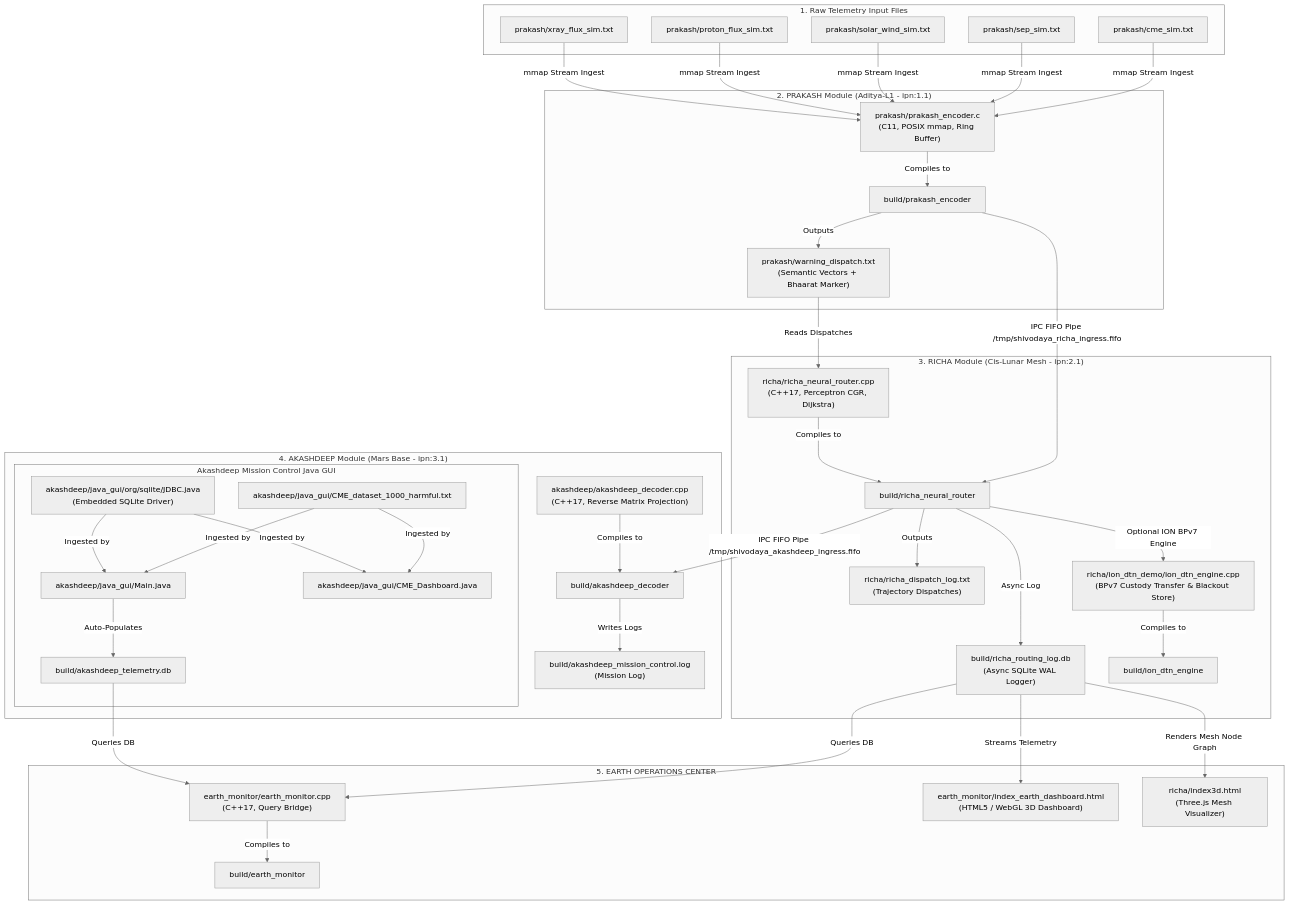
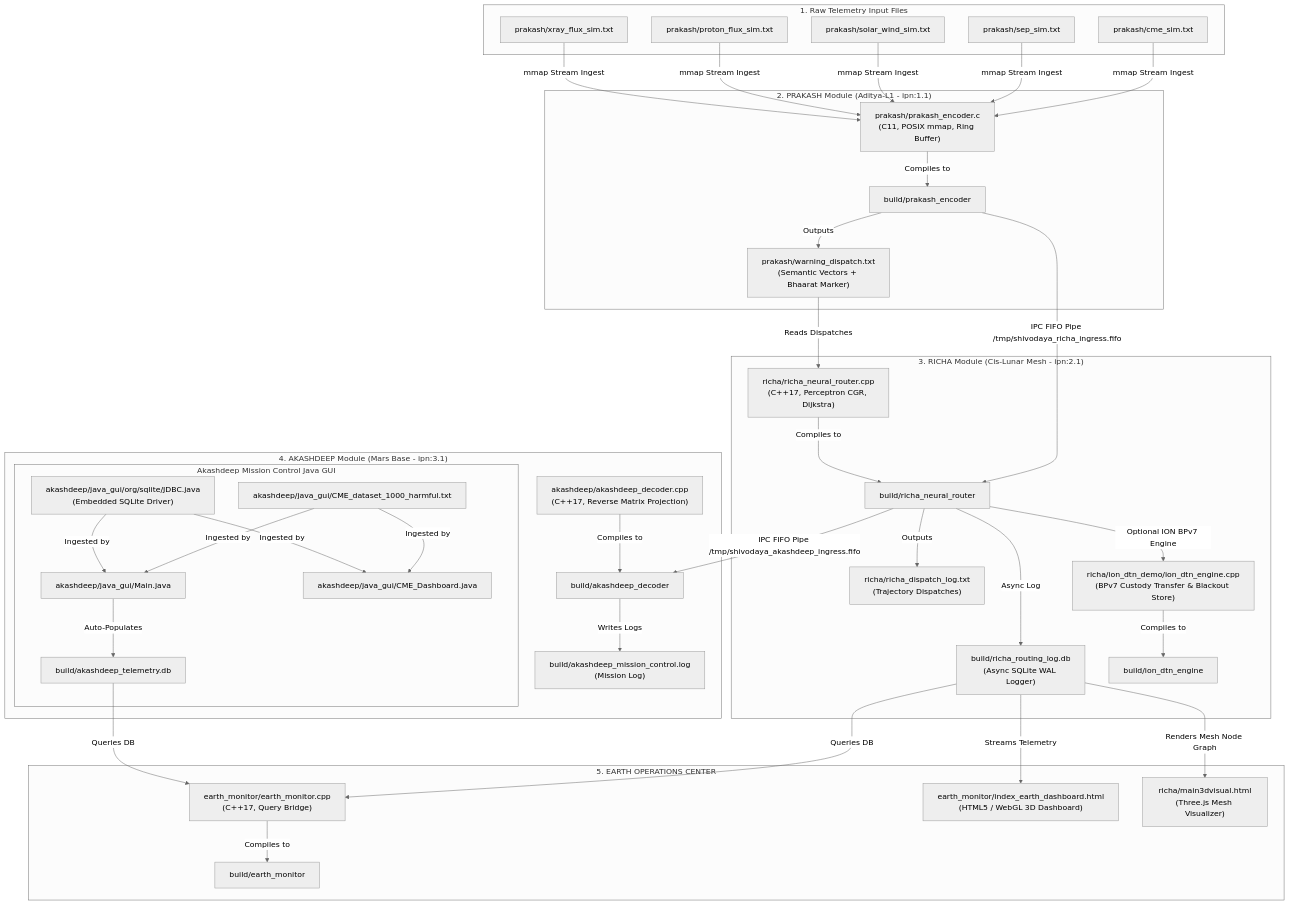
The diagram in ARCHITECTURE.md (akshatshukla707/shivodaya-), drawn with Mermaid (neutral theme) before and after one commit. The commit also changed other lines of this file and 3 other files, not shown here.

Commit message:
refactor: rename index3d.html to main3dvisual.html and update all references

````diff
--- a/ARCHITECTURE.md
+++ b/ARCHITECTURE.md
@@ -16,74 +16,74 @@
 ```mermaid
 flowchart TD
     subgraph DataInputs ["1. Raw Telemetry Input Files"]
         CME["prakash/cme_sim.txt"]
         SEP["prakash/sep_sim.txt"]
         SW["prakash/solar_wind_sim.txt"]
         PF["prakash/proton_flux_sim.txt"]
         XRAY["prakash/xray_flux_sim.txt"]
     end
 
     subgraph PrakashModule ["2. PRAKASH Module (Aditya-L1 - ipn:1.1)"]
         PE_C["prakash/prakash_encoder.c<br/>(C11, POSIX mmap, Ring Buffer)"]
         WD_TXT["prakash/warning_dispatch.txt<br/>(Semantic Vectors + Bhaarat Marker)"]
         PE_BIN["build/prakash_encoder"]
     end
 
     subgraph RichaModule ["3. RICHA Module (Cis-Lunar Mesh - ipn:2.1)"]
         R_CPP["richa/richa_neural_router.cpp<br/>(C++17, Perceptron CGR, Dijkstra)"]
         RD_LOG["richa/richa_dispatch_log.txt<br/>(Trajectory Dispatches)"]
         RL_DB["build/richa_routing_log.db<br/>(Async SQLite WAL Logger)"]
         R_BIN["build/richa_neural_router"]
         
         ION_CPP["richa/ion_dtn_demo/ion_dtn_engine.cpp<br/>(BPv7 Custody Transfer & Blackout Store)"]
         ION_BIN["build/ion_dtn_engine"]
     end
 
     subgraph AkashdeepModule ["4. AKASHDEEP Module (Mars Base - ipn:3.1)"]
         AD_CPP["akashdeep/akashdeep_decoder.cpp<br/>(C++17, Reverse Matrix Projection)"]
         MC_LOG["build/akashdeep_mission_control.log<br/>(Mission Log)"]
         AD_BIN["build/akashdeep_decoder"]
 
         subgraph JavaGUI ["Akashdeep Mission Control Java GUI"]
             J_MAIN["akashdeep/java_gui/Main.java"]
             J_DASH["akashdeep/java_gui/CME_Dashboard.java"]
             J_DB["akashdeep/java_gui/org/sqlite/JDBC.java<br/>(Embedded SQLite Driver)"]
             J_DATA["akashdeep/java_gui/CME_dataset_1000_harmful.txt"]
             AT_DB["build/akashdeep_telemetry.db"]
         end
     end
 
     subgraph EarthModule ["5. EARTH OPERATIONS CENTER"]
         EM_CPP["earth_monitor/earth_monitor.cpp<br/>(C++17, Query Bridge)"]
         EM_BIN["build/earth_monitor"]
         HTML_DASH["earth_monitor/index_earth_dashboard.html<br/>(HTML5 / WebGL 3D Dashboard)"]
-        THREE_3D["richa/index3d.html<br/>(Three.js Mesh Visualizer)"]
+        THREE_3D["richa/main3dvisual.html<br/>(Three.js Mesh Visualizer)"]
     end
 
     %% Dependencies and Flow
     CME & SEP & SW & PF & XRAY -->|mmap Stream Ingest| PE_C
     PE_C -->|Compiles to| PE_BIN
     PE_BIN -->|Outputs| WD_TXT
     PE_BIN -->|IPC FIFO Pipe /tmp/shivodaya_richa_ingress.fifo| R_BIN
 
     WD_TXT -->|Reads Dispatches| R_CPP
     R_CPP -->|Compiles to| R_BIN
     R_BIN -->|Outputs| RD_LOG
     R_BIN -->|Async Log| RL_DB
     R_BIN -->|IPC FIFO Pipe /tmp/shivodaya_akashdeep_ingress.fifo| AD_BIN
 
     R_BIN -->|Optional ION BPv7 Engine| ION_CPP
     ION_CPP -->|Compiles to| ION_BIN
 
     AD_CPP -->|Compiles to| AD_BIN
     AD_BIN -->|Writes Logs| MC_LOG
 
     J_DATA & J_DB -->|Ingested by| J_MAIN & J_DASH
     J_MAIN -->|Auto-Populates| AT_DB
     
     RL_DB & AT_DB -->|Queries DB| EM_CPP
     EM_CPP -->|Compiles to| EM_BIN
     
     RL_DB -->|Streams Telemetry| HTML_DASH
     RL_DB -->|Renders Mesh Node Graph| THREE_3D
 ```
````
